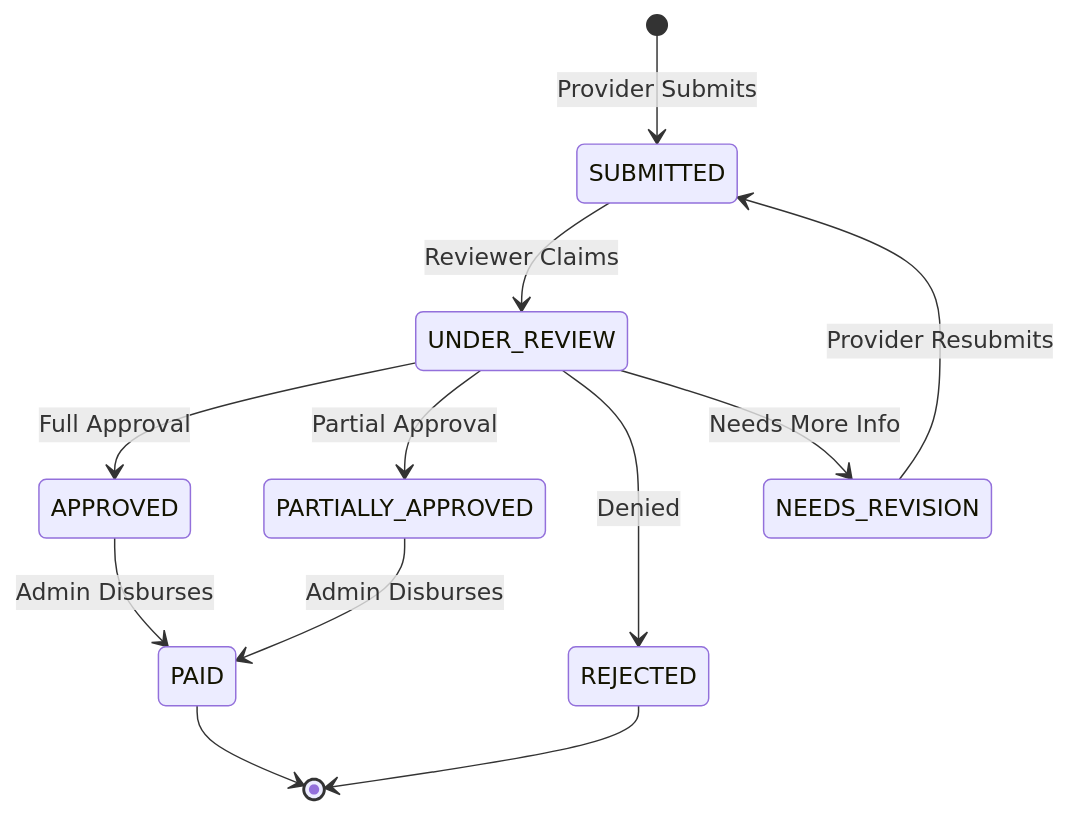
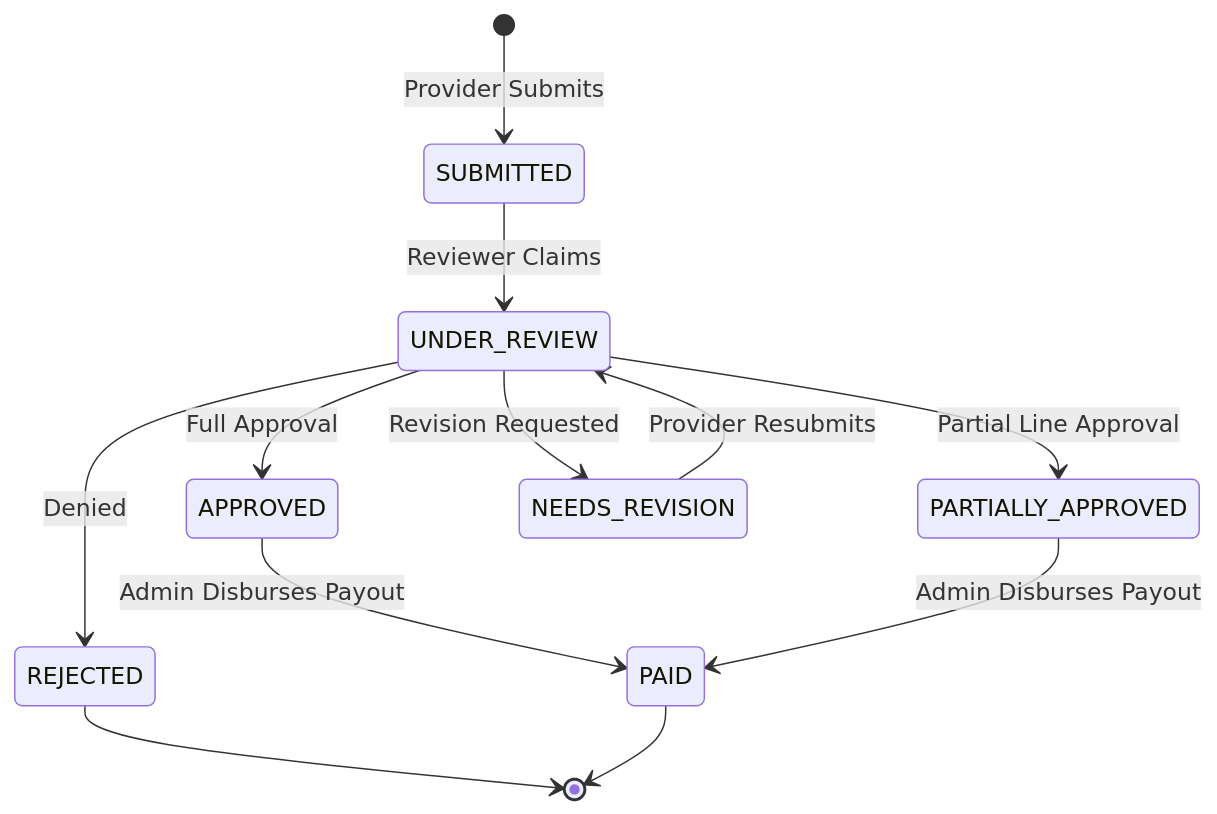
The diagram in README.md (sagardudhat/Health-Insurance-Claims-Platform), drawn with Mermaid before and after one commit. The commit also changed other lines of this file and 3 other files, not shown here.

````diff
--- a/README.md
+++ b/README.md
@@ -22,14 +22,14 @@
 ```mermaid
 stateDiagram-v2
     [*] --> SUBMITTED : Provider Submits
     SUBMITTED --> UNDER_REVIEW : Reviewer Claims
     UNDER_REVIEW --> APPROVED : Full Approval
-    UNDER_REVIEW --> PARTIALLY_APPROVED : Partial Approval
+    UNDER_REVIEW --> PARTIALLY_APPROVED : Partial Line Approval
     UNDER_REVIEW --> REJECTED : Denied
-    UNDER_REVIEW --> NEEDS_REVISION : Needs More Info
-    NEEDS_REVISION --> SUBMITTED : Provider Resubmits
-    APPROVED --> PAID : Admin Disburses
-    PARTIALLY_APPROVED --> PAID : Admin Disburses
+    UNDER_REVIEW --> NEEDS_REVISION : Revision Requested
+    NEEDS_REVISION --> UNDER_REVIEW : Provider Resubmits
+    APPROVED --> PAID : Admin Disburses Payout
+    PARTIALLY_APPROVED --> PAID : Admin Disburses Payout
     REJECTED --> [*]
     PAID --> [*]
 ```
````
